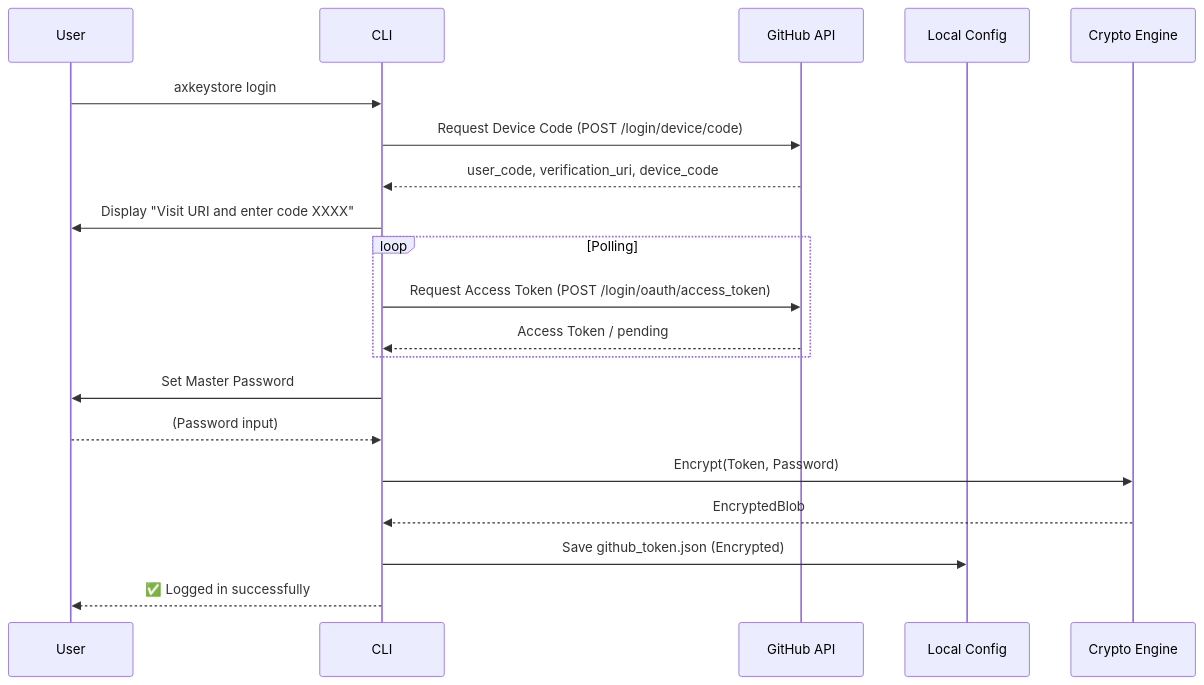
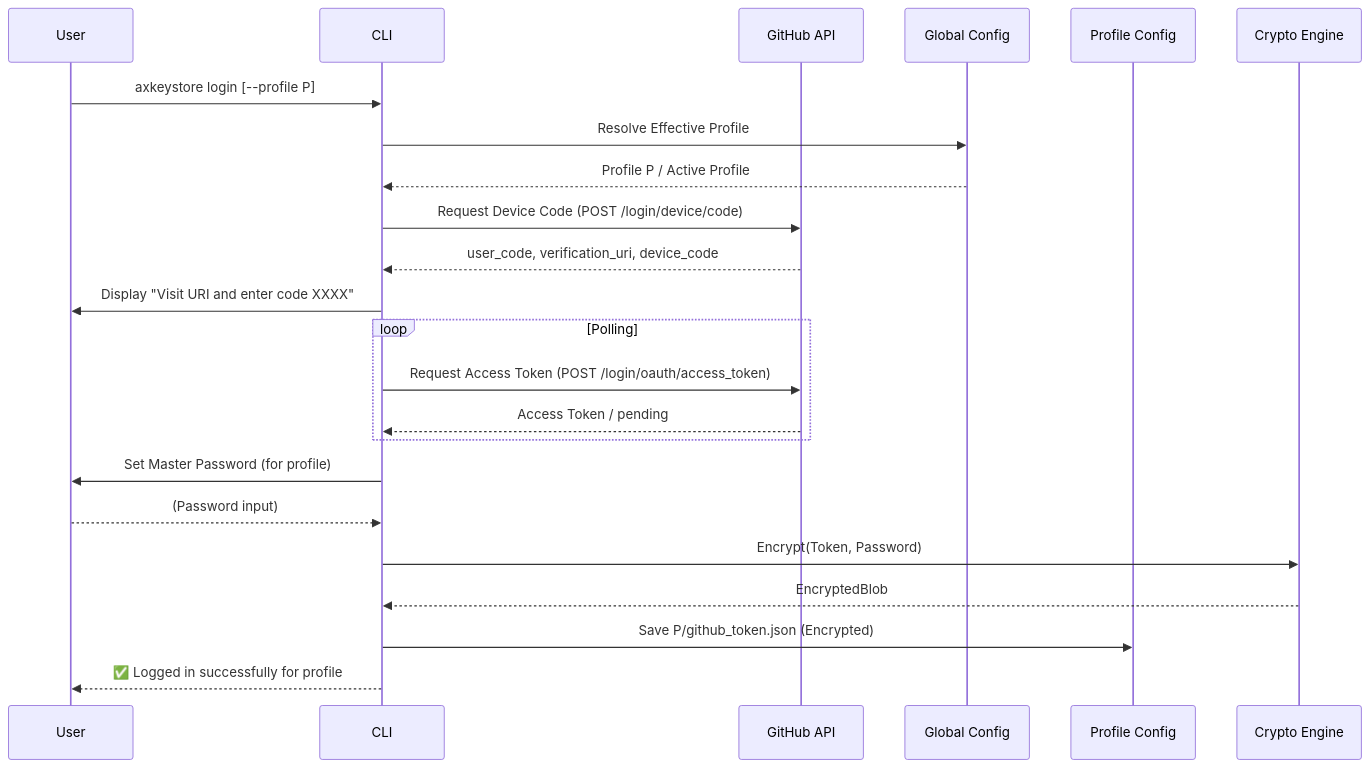
Before and after one commit to basilgregory/axkeystore: the first of 7 diagrams in README.md, drawn with Mermaid. The commit also changed other lines of this file and 5 other files, not shown here.

Commit message:
added muliple profile features. each profile can have own master password and repo.

````diff
--- a/README.md
+++ b/README.md
@@ -173,23 +218,26 @@
 ```mermaid
 sequenceDiagram
     participant U as User
     participant C as CLI
     participant G as GitHub API
-    participant LC as Local Config
+    participant GC as Global Config
+    participant PC as Profile Config
     participant CR as Crypto Engine
 
-    U->>C: axkeystore login
+    U->>C: axkeystore login [--profile P]
+    C->>GC: Resolve Effective Profile
+    GC-->>C: Profile P / Active Profile
     C->>G: Request Device Code (POST /login/device/code)
     G-->>C: user_code, verification_uri, device_code
     C->>U: Display "Visit URI and enter code XXXX"
     loop Polling
         C->>G: Request Access Token (POST /login/oauth/access_token)
         G-->>C: Access Token / pending
     end
-    C->>U: Set Master Password
+    C->>U: Set Master Password (for profile)
     U-->>C: (Password input)
     C->>CR: Encrypt(Token, Password)
     CR-->>C: EncryptedBlob
-    C->>LC: Save github_token.json (Encrypted)
-    C-->>U: ✅ Logged in successfully
+    C->>PC: Save P/github_token.json (Encrypted)
+    C-->>U: ✅ Logged in successfully for profile
 ```
````
